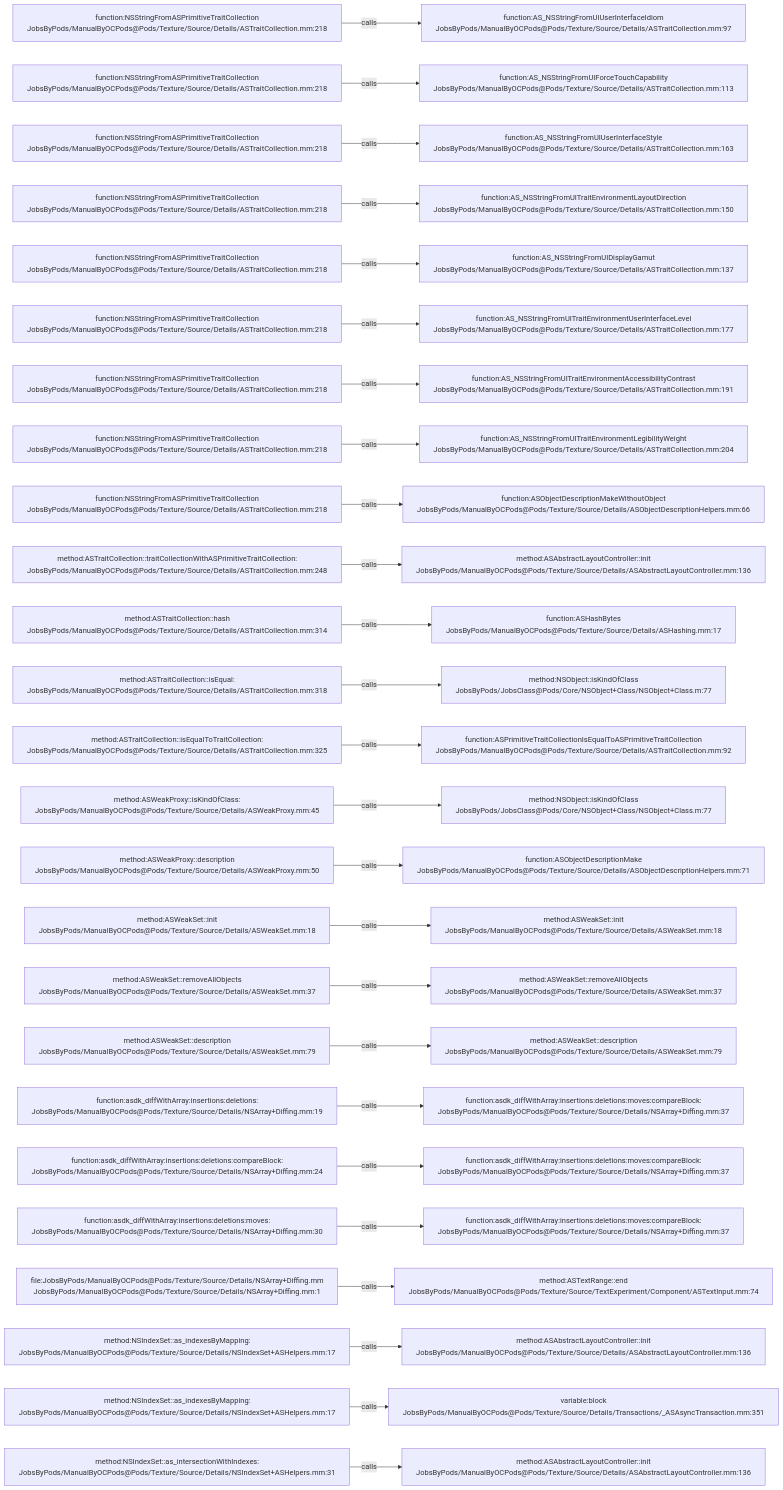
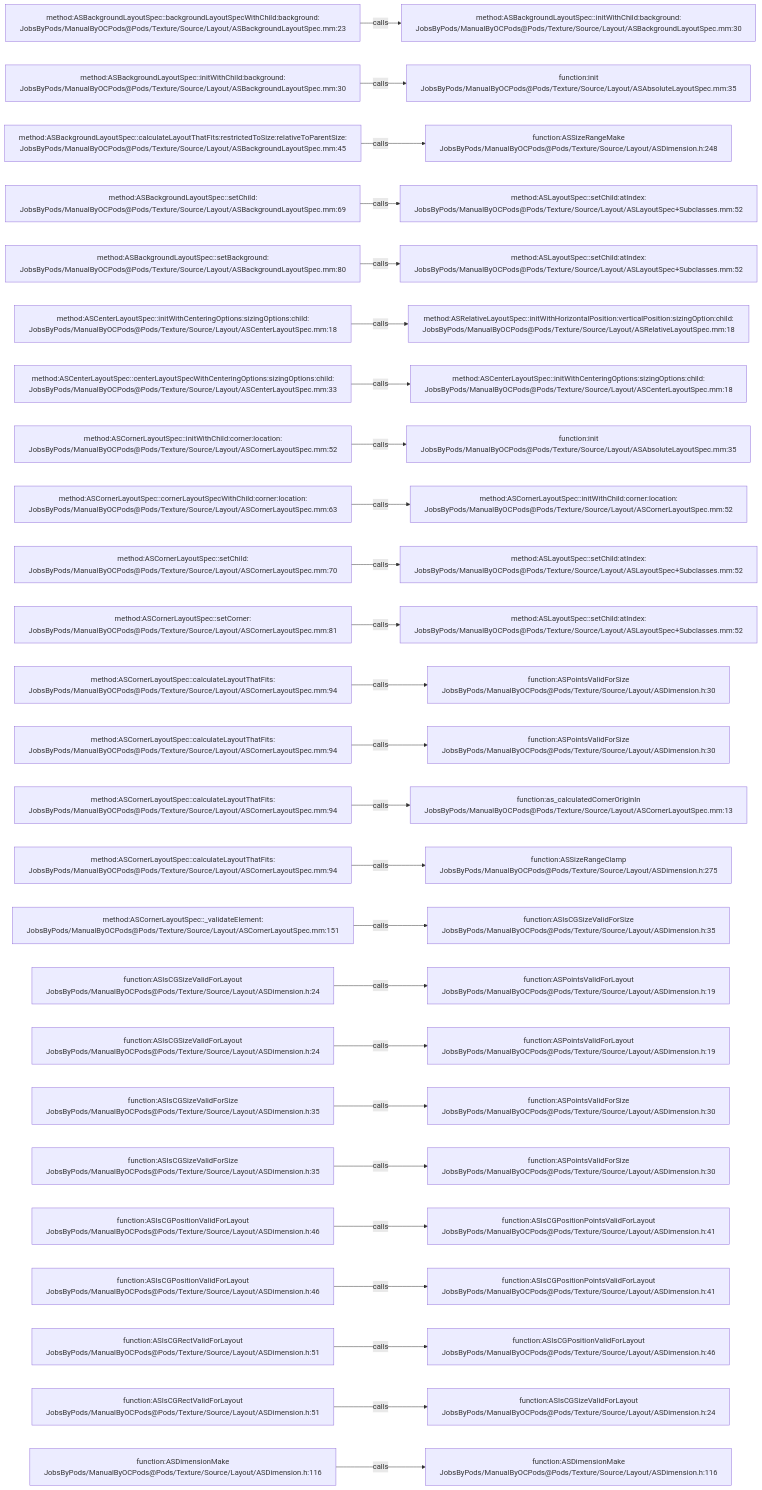
The diagram in .codegraph/codegraph.md/graphs/calls-159.md (JobsKits/JobsOCBaseConfigDemo), drawn with Mermaid before and after one commit. The commit also changed 2723 other files, not shown here.

````diff
--- a/.codegraph/codegraph.md/graphs/calls-159.md
+++ b/.codegraph/codegraph.md/graphs/calls-159.md
@@ -13,78 +13,78 @@
 ```mermaid
 flowchart LR
-  S1["function:NSStringFromASPrimitiveTraitCollection<br/>JobsByPods/ManualByOCPods@Pods/Texture/Source/Details/ASTraitCollection.mm:218"]
-  T1["function:AS_NSStringFromUIUserInterfaceIdiom<br/>JobsByPods/ManualByOCPods@Pods/Texture/Source/Details/ASTraitCollection.mm:97"]
+  S1["method:ASBackgroundLayoutSpec::backgroundLayoutSpecWithChild:background:<br/>JobsByPods/ManualByOCPods@Pods/Texture/Source/Layout/ASBackgroundLayoutSpec.mm:23"]
+  T1["method:ASBackgroundLayoutSpec::initWithChild:background:<br/>JobsByPods/ManualByOCPods@Pods/Texture/Source/Layout/ASBackgroundLayoutSpec.mm:30"]
   S1 -->|calls| T1
-  S2["function:NSStringFromASPrimitiveTraitCollection<br/>JobsByPods/ManualByOCPods@Pods/Texture/Source/Details/ASTraitCollection.mm:218"]
-  T2["function:AS_NSStringFromUIForceTouchCapability<br/>JobsByPods/ManualByOCPods@Pods/Texture/Source/Details/ASTraitCollection.mm:113"]
+  S2["method:ASBackgroundLayoutSpec::initWithChild:background:<br/>JobsByPods/ManualByOCPods@Pods/Texture/Source/Layout/ASBackgroundLayoutSpec.mm:30"]
+  T2["function:init<br/>JobsByPods/ManualByOCPods@Pods/Texture/Source/Layout/ASAbsoluteLayoutSpec.mm:35"]
   S2 -->|calls| T2
-  S3["function:NSStringFromASPrimitiveTraitCollection<br/>JobsByPods/ManualByOCPods@Pods/Texture/Source/Details/ASTraitCollection.mm:218"]
-  T3["function:AS_NSStringFromUIUserInterfaceStyle<br/>JobsByPods/ManualByOCPods@Pods/Texture/Source/Details/ASTraitCollection.mm:163"]
+  S3["method:ASBackgroundLayoutSpec::calculateLayoutThatFits:restrictedToSize:relativeToParentSize:<br/>JobsByPods/ManualByOCPods@Pods/Texture/Source/Layout/ASBackgroundLayoutSpec.mm:45"]
+  T3["function:ASSizeRangeMake<br/>JobsByPods/ManualByOCPods@Pods/Texture/Source/Layout/ASDimension.h:248"]
   S3 -->|calls| T3
-  S4["function:NSStringFromASPrimitiveTraitCollection<br/>JobsByPods/ManualByOCPods@Pods/Texture/Source/Details/ASTraitCollection.mm:218"]
-  T4["function:AS_NSStringFromUITraitEnvironmentLayoutDirection<br/>JobsByPods/ManualByOCPods@Pods/Texture/Source/Details/ASTraitCollection.mm:150"]
+  S4["method:ASBackgroundLayoutSpec::setChild:<br/>JobsByPods/ManualByOCPods@Pods/Texture/Source/Layout/ASBackgroundLayoutSpec.mm:69"]
+  T4["method:ASLayoutSpec::setChild:atIndex:<br/>JobsByPods/ManualByOCPods@Pods/Texture/Source/Layout/ASLayoutSpec+Subclasses.mm:52"]
   S4 -->|calls| T4
-  S5["function:NSStringFromASPrimitiveTraitCollection<br/>JobsByPods/ManualByOCPods@Pods/Texture/Source/Details/ASTraitCollection.mm:218"]
-  T5["function:AS_NSStringFromUIDisplayGamut<br/>JobsByPods/ManualByOCPods@Pods/Texture/Source/Details/ASTraitCollection.mm:137"]
+  S5["method:ASBackgroundLayoutSpec::setBackground:<br/>JobsByPods/ManualByOCPods@Pods/Texture/Source/Layout/ASBackgroundLayoutSpec.mm:80"]
+  T5["method:ASLayoutSpec::setChild:atIndex:<br/>JobsByPods/ManualByOCPods@Pods/Texture/Source/Layout/ASLayoutSpec+Subclasses.mm:52"]
   S5 -->|calls| T5
-  S6["function:NSStringFromASPrimitiveTraitCollection<br/>JobsByPods/ManualByOCPods@Pods/Texture/Source/Details/ASTraitCollection.mm:218"]
-  T6["function:AS_NSStringFromUITraitEnvironmentUserInterfaceLevel<br/>JobsByPods/ManualByOCPods@Pods/Texture/Source/Details/ASTraitCollection.mm:177"]
+  S6["method:ASCenterLayoutSpec::initWithCenteringOptions:sizingOptions:child:<br/>JobsByPods/ManualByOCPods@Pods/Texture/Source/Layout/ASCenterLayoutSpec.mm:18"]
+  T6["method:ASRelativeLayoutSpec::initWithHorizontalPosition:verticalPosition:sizingOption:child:<br/>JobsByPods/ManualByOCPods@Pods/Texture/Source/Layout/ASRelativeLayoutSpec.mm:18"]
   S6 -->|calls| T6
-  S7["function:NSStringFromASPrimitiveTraitCollection<br/>JobsByPods/ManualByOCPods@Pods/Texture/Source/Details/ASTraitCollection.mm:218"]
-  T7["function:AS_NSStringFromUITraitEnvironmentAccessibilityContrast<br/>JobsByPods/ManualByOCPods@Pods/Texture/Source/Details/ASTraitCollection.mm:191"]
+  S7["method:ASCenterLayoutSpec::centerLayoutSpecWithCenteringOptions:sizingOptions:child:<br/>JobsByPods/ManualByOCPods@Pods/Texture/Source/Layout/ASCenterLayoutSpec.mm:33"]
+  T7["method:ASCenterLayoutSpec::initWithCenteringOptions:sizingOptions:child:<br/>JobsByPods/ManualByOCPods@Pods/Texture/Source/Layout/ASCenterLayoutSpec.mm:18"]
   S7 -->|calls| T7
-  S8["function:NSStringFromASPrimitiveTraitCollection<br/>JobsByPods/ManualByOCPods@Pods/Texture/Source/Details/ASTraitCollection.mm:218"]
-  T8["function:AS_NSStringFromUITraitEnvironmentLegibilityWeight<br/>JobsByPods/ManualByOCPods@Pods/Texture/Source/Details/ASTraitCollection.mm:204"]
+  S8["method:ASCornerLayoutSpec::initWithChild:corner:location:<br/>JobsByPods/ManualByOCPods@Pods/Texture/Source/Layout/ASCornerLayoutSpec.mm:52"]
+  T8["function:init<br/>JobsByPods/ManualByOCPods@Pods/Texture/Source/Layout/ASAbsoluteLayoutSpec.mm:35"]
   S8 -->|calls| T8
-  S9["function:NSStringFromASPrimitiveTraitCollection<br/>JobsByPods/ManualByOCPods@Pods/Texture/Source/Details/ASTraitCollection.mm:218"]
-  T9["function:ASObjectDescriptionMakeWithoutObject<br/>JobsByPods/ManualByOCPods@Pods/Texture/Source/Details/ASObjectDescriptionHelpers.mm:66"]
+  S9["method:ASCornerLayoutSpec::cornerLayoutSpecWithChild:corner:location:<br/>JobsByPods/ManualByOCPods@Pods/Texture/Source/Layout/ASCornerLayoutSpec.mm:63"]
+  T9["method:ASCornerLayoutSpec::initWithChild:corner:location:<br/>JobsByPods/ManualByOCPods@Pods/Texture/Source/Layout/ASCornerLayoutSpec.mm:52"]
   S9 -->|calls| T9
-  S10["method:ASTraitCollection::traitCollectionWithASPrimitiveTraitCollection:<br/>JobsByPods/ManualByOCPods@Pods/Texture/Source/Details/ASTraitCollection.mm:248"]
-  T10["method:ASAbstractLayoutController::init<br/>JobsByPods/ManualByOCPods@Pods/Texture/Source/Details/ASAbstractLayoutController.mm:136"]
+  S10["method:ASCornerLayoutSpec::setChild:<br/>JobsByPods/ManualByOCPods@Pods/Texture/Source/Layout/ASCornerLayoutSpec.mm:70"]
+  T10["method:ASLayoutSpec::setChild:atIndex:<br/>JobsByPods/ManualByOCPods@Pods/Texture/Source/Layout/ASLayoutSpec+Subclasses.mm:52"]
   S10 -->|calls| T10
-  S11["method:ASTraitCollection::hash<br/>JobsByPods/ManualByOCPods@Pods/Texture/Source/Details/ASTraitCollection.mm:314"]
-  T11["function:ASHashBytes<br/>JobsByPods/ManualByOCPods@Pods/Texture/Source/Details/ASHashing.mm:17"]
+  S11["method:ASCornerLayoutSpec::setCorner:<br/>JobsByPods/ManualByOCPods@Pods/Texture/Source/Layout/ASCornerLayoutSpec.mm:81"]
+  T11["method:ASLayoutSpec::setChild:atIndex:<br/>JobsByPods/ManualByOCPods@Pods/Texture/Source/Layout/ASLayoutSpec+Subclasses.mm:52"]
   S11 -->|calls| T11
-  S12["method:ASTraitCollection::isEqual:<br/>JobsByPods/ManualByOCPods@Pods/Texture/Source/Details/ASTraitCollection.mm:318"]
-  T12["method:NSObject::isKindOfClass<br/>JobsByPods/JobsClass@Pods/Core/NSObject+Class/NSObject+Class.m:77"]
+  S12["method:ASCornerLayoutSpec::calculateLayoutThatFits:<br/>JobsByPods/ManualByOCPods@Pods/Texture/Source/Layout/ASCornerLayoutSpec.mm:94"]
+  T12["function:ASPointsValidForSize<br/>JobsByPods/ManualByOCPods@Pods/Texture/Source/Layout/ASDimension.h:30"]
   S12 -->|calls| T12
-  S13["method:ASTraitCollection::isEqualToTraitCollection:<br/>JobsByPods/ManualByOCPods@Pods/Texture/Source/Details/ASTraitCollection.mm:325"]
-  T13["function:ASPrimitiveTraitCollectionIsEqualToASPrimitiveTraitCollection<br/>JobsByPods/ManualByOCPods@Pods/Texture/Source/Details/ASTraitCollection.mm:92"]
+  S13["method:ASCornerLayoutSpec::calculateLayoutThatFits:<br/>JobsByPods/ManualByOCPods@Pods/Texture/Source/Layout/ASCornerLayoutSpec.mm:94"]
+  T13["function:ASPointsValidForSize<br/>JobsByPods/ManualByOCPods@Pods/Texture/Source/Layout/ASDimension.h:30"]
   S13 -->|calls| T13
-  S14["method:ASWeakProxy::isKindOfClass:<br/>JobsByPods/ManualByOCPods@Pods/Texture/Source/Details/ASWeakProxy.mm:45"]
-  T14["method:NSObject::isKindOfClass<br/>JobsByPods/JobsClass@Pods/Core/NSObject+Class/NSObject+Class.m:77"]
+  S14["method:ASCornerLayoutSpec::calculateLayoutThatFits:<br/>JobsByPods/ManualByOCPods@Pods/Texture/Source/Layout/ASCornerLayoutSpec.mm:94"]
+  T14["function:as_calculatedCornerOriginIn<br/>JobsByPods/ManualByOCPods@Pods/Texture/Source/Layout/ASCornerLayoutSpec.mm:13"]
   S14 -->|calls| T14
-  S15["method:ASWeakProxy::description<br/>JobsByPods/ManualByOCPods@Pods/Texture/Source/Details/ASWeakProxy.mm:50"]
-  T15["function:ASObjectDescriptionMake<br/>JobsByPods/ManualByOCPods@Pods/Texture/Source/Details/ASObjectDescriptionHelpers.mm:71"]
+  S15["method:ASCornerLayoutSpec::calculateLayoutThatFits:<br/>JobsByPods/ManualByOCPods@Pods/Texture/Source/Layout/ASCornerLayoutSpec.mm:94"]
+  T15["function:ASSizeRangeClamp<br/>JobsByPods/ManualByOCPods@Pods/Texture/Source/Layout/ASDimension.h:275"]
   S15 -->|calls| T15
-  S16["method:ASWeakSet::init<br/>JobsByPods/ManualByOCPods@Pods/Texture/Source/Details/ASWeakSet.mm:18"]
-  T16["method:ASWeakSet::init<br/>JobsByPods/ManualByOCPods@Pods/Texture/Source/Details/ASWeakSet.mm:18"]
+  S16["method:ASCornerLayoutSpec::_validateElement:<br/>JobsByPods/ManualByOCPods@Pods/Texture/Source/Layout/ASCornerLayoutSpec.mm:151"]
+  T16["function:ASIsCGSizeValidForSize<br/>JobsByPods/ManualByOCPods@Pods/Texture/Source/Layout/ASDimension.h:35"]
   S16 -->|calls| T16
-  S17["method:ASWeakSet::removeAllObjects<br/>JobsByPods/ManualByOCPods@Pods/Texture/Source/Details/ASWeakSet.mm:37"]
-  T17["method:ASWeakSet::removeAllObjects<br/>JobsByPods/ManualByOCPods@Pods/Texture/Source/Details/ASWeakSet.mm:37"]
+  S17["function:ASIsCGSizeValidForLayout<br/>JobsByPods/ManualByOCPods@Pods/Texture/Source/Layout/ASDimension.h:24"]
+  T17["function:ASPointsValidForLayout<br/>JobsByPods/ManualByOCPods@Pods/Texture/Source/Layout/ASDimension.h:19"]
   S17 -->|calls| T17
-  S18["method:ASWeakSet::description<br/>JobsByPods/ManualByOCPods@Pods/Texture/Source/Details/ASWeakSet.mm:79"]
-  T18["method:ASWeakSet::description<br/>JobsByPods/ManualByOCPods@Pods/Texture/Source/Details/ASWeakSet.mm:79"]
+  S18["function:ASIsCGSizeValidForLayout<br/>JobsByPods/ManualByOCPods@Pods/Texture/Source/Layout/ASDimension.h:24"]
+  T18["function:ASPointsValidForLayout<br/>JobsByPods/ManualByOCPods@Pods/Texture/Source/Layout/ASDimension.h:19"]
   S18 -->|calls| T18
-  S19["function:asdk_diffWithArray:insertions:deletions:<br/>JobsByPods/ManualByOCPods@Pods/Texture/Source/Details/NSArray+Diffing.mm:19"]
-  T19["function:asdk_diffWithArray:insertions:deletions:moves:compareBlock:<br/>JobsByPods/ManualByOCPods@Pods/Texture/Source/Details/NSArray+Diffing.mm:37"]
+  S19["function:ASIsCGSizeValidForSize<br/>JobsByPods/ManualByOCPods@Pods/Texture/Source/Layout/ASDimension.h:35"]
+  T19["function:ASPointsValidForSize<br/>JobsByPods/ManualByOCPods@Pods/Texture/Source/Layout/ASDimension.h:30"]
   S19 -->|calls| T19
-  S20["function:asdk_diffWithArray:insertions:deletions:compareBlock:<br/>JobsByPods/ManualByOCPods@Pods/Texture/Source/Details/NSArray+Diffing.mm:24"]
-  T20["function:asdk_diffWithArray:insertions:deletions:moves:compareBlock:<br/>JobsByPods/ManualByOCPods@Pods/Texture/Source/Details/NSArray+Diffing.mm:37"]
+  S20["function:ASIsCGSizeValidForSize<br/>JobsByPods/ManualByOCPods@Pods/Texture/Source/Layout/ASDimension.h:35"]
+  T20["function:ASPointsValidForSize<br/>JobsByPods/ManualByOCPods@Pods/Texture/Source/Layout/ASDimension.h:30"]
   S20 -->|calls| T20
-  S21["function:asdk_diffWithArray:insertions:deletions:moves:<br/>JobsByPods/ManualByOCPods@Pods/Texture/Source/Details/NSArray+Diffing.mm:30"]
-  T21["function:asdk_diffWithArray:insertions:deletions:moves:compareBlock:<br/>JobsByPods/ManualByOCPods@Pods/Texture/Source/Details/NSArray+Diffing.mm:37"]
+  S21["function:ASIsCGPositionValidForLayout<br/>JobsByPods/ManualByOCPods@Pods/Texture/Source/Layout/ASDimension.h:46"]
+  T21["function:ASIsCGPositionPointsValidForLayout<br/>JobsByPods/ManualByOCPods@Pods/Texture/Source/Layout/ASDimension.h:41"]
   S21 -->|calls| T21
-  S22["file:JobsByPods/ManualByOCPods@Pods/Texture/Source/Details/NSArray+Diffing.mm<br/>JobsByPods/ManualByOCPods@Pods/Texture/Source/Details/NSArray+Diffing.mm:1"]
-  T22["method:ASTextRange::end<br/>JobsByPods/ManualByOCPods@Pods/Texture/Source/TextExperiment/Component/ASTextInput.mm:74"]
+  S22["function:ASIsCGPositionValidForLayout<br/>JobsByPods/ManualByOCPods@Pods/Texture/Source/Layout/ASDimension.h:46"]
+  T22["function:ASIsCGPositionPointsValidForLayout<br/>JobsByPods/ManualByOCPods@Pods/Texture/Source/Layout/ASDimension.h:41"]
   S22 -->|calls| T22
-  S23["method:NSIndexSet::as_indexesByMapping:<br/>JobsByPods/ManualByOCPods@Pods/Texture/Source/Details/NSIndexSet+ASHelpers.mm:17"]
-  T23["method:ASAbstractLayoutController::init<br/>JobsByPods/ManualByOCPods@Pods/Texture/Source/Details/ASAbstractLayoutController.mm:136"]
+  S23["function:ASIsCGRectValidForLayout<br/>JobsByPods/ManualByOCPods@Pods/Texture/Source/Layout/ASDimension.h:51"]
+  T23["function:ASIsCGPositionValidForLayout<br/>JobsByPods/ManualByOCPods@Pods/Texture/Source/Layout/ASDimension.h:46"]
   S23 -->|calls| T23
-  S24["method:NSIndexSet::as_indexesByMapping:<br/>JobsByPods/ManualByOCPods@Pods/Texture/Source/Details/NSIndexSet+ASHelpers.mm:17"]
-  T24["variable:block<br/>JobsByPods/ManualByOCPods@Pods/Texture/Source/Details/Transactions/_ASAsyncTransaction.mm:351"]
+  S24["function:ASIsCGRectValidForLayout<br/>JobsByPods/ManualByOCPods@Pods/Texture/Source/Layout/ASDimension.h:51"]
+  T24["function:ASIsCGSizeValidForLayout<br/>JobsByPods/ManualByOCPods@Pods/Texture/Source/Layout/ASDimension.h:24"]
   S24 -->|calls| T24
-  S25["method:NSIndexSet::as_intersectionWithIndexes:<br/>JobsByPods/ManualByOCPods@Pods/Texture/Source/Details/NSIndexSet+ASHelpers.mm:31"]
-  T25["method:ASAbstractLayoutController::init<br/>JobsByPods/ManualByOCPods@Pods/Texture/Source/Details/ASAbstractLayoutController.mm:136"]
+  S25["function:ASDimensionMake<br/>JobsByPods/ManualByOCPods@Pods/Texture/Source/Layout/ASDimension.h:116"]
+  T25["function:ASDimensionMake<br/>JobsByPods/ManualByOCPods@Pods/Texture/Source/Layout/ASDimension.h:116"]
   S25 -->|calls| T25
 ```
````
